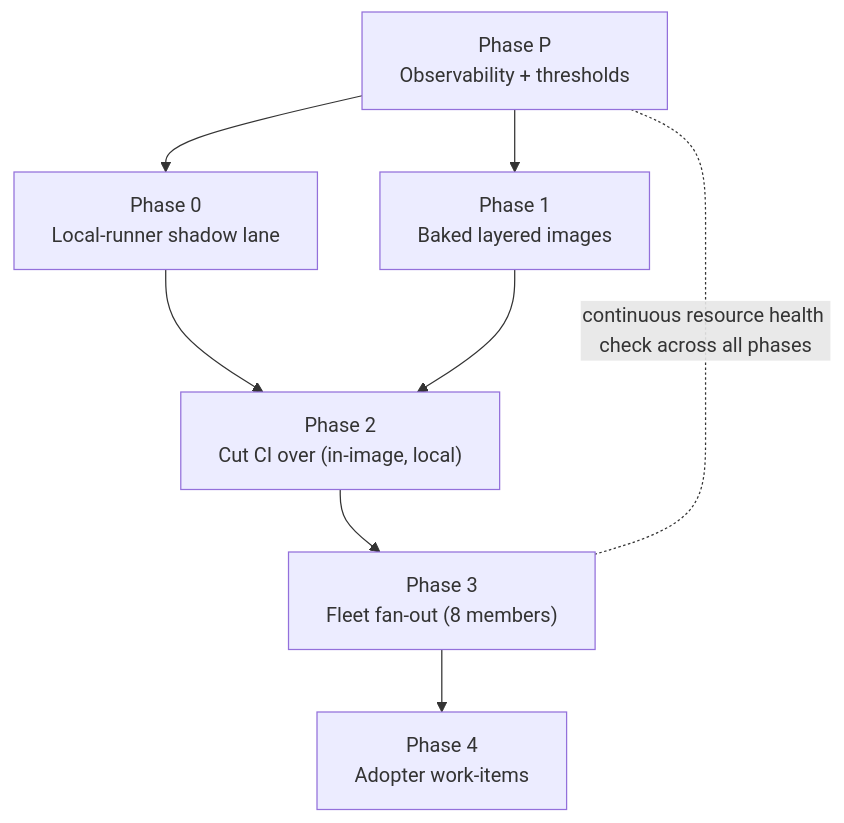
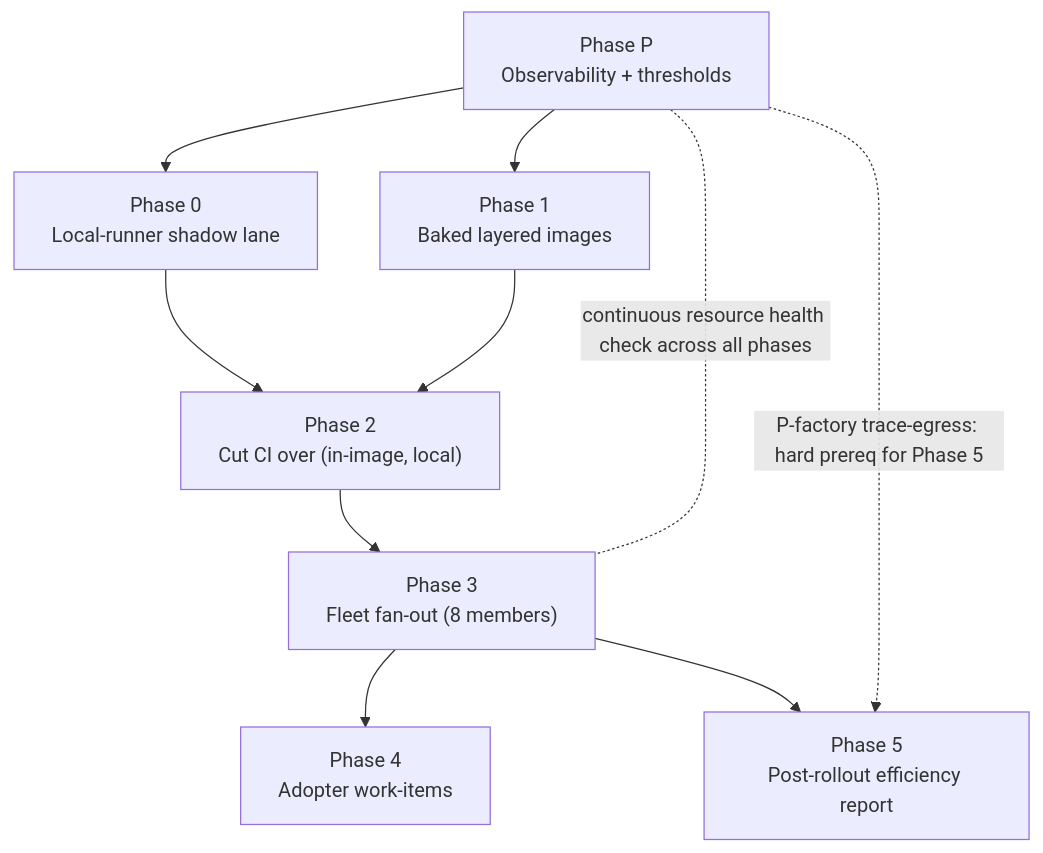
The diagram in plan/fabro-ci-image-factoring/handoff.md (thewoolleyman/livespec), drawn with Mermaid before and after one commit. The commit also changed other lines of this file, not shown here.

````diff
--- a/plan/fabro-ci-image-factoring/handoff.md
+++ b/plan/fabro-ci-image-factoring/handoff.md
@@ -689,10 +772,12 @@
 ```mermaid
 flowchart TD
     P["Phase P<br/>Observability + thresholds"] --> Z["Phase 0<br/>Local-runner shadow lane"]
     P --> I["Phase 1<br/>Baked layered images"]
     Z --> C["Phase 2<br/>Cut CI over (in-image, local)"]
     I --> C
     C --> F["Phase 3<br/>Fleet fan-out (8 members)"]
     F --> A["Phase 4<br/>Adopter work-items"]
+    F --> M["Phase 5<br/>Post-rollout efficiency report"]
+    P -. "P-factory trace-egress: hard prereq for Phase 5" .-> M
     P -. "continuous resource health check across all phases" .- F
 ```
````
